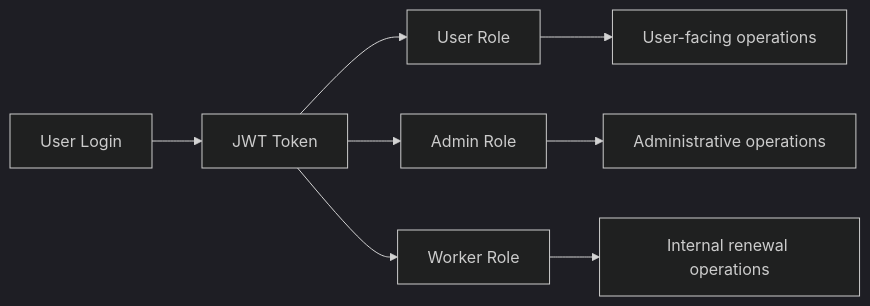
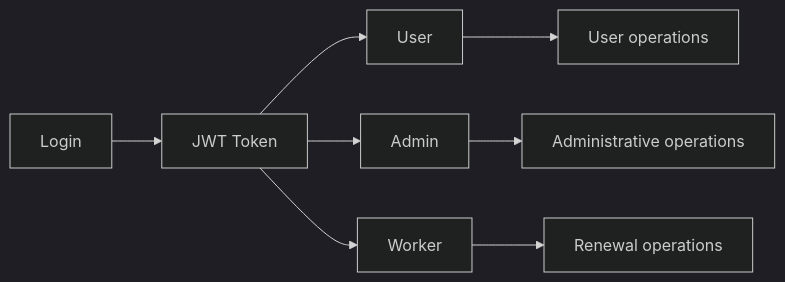
Before and after one commit to chauhan12harsh/Subtrack: the third of 3 diagrams in README.md, drawn with Mermaid (dark theme). The commit also changed other lines of this file, not shown here.

Commit message:
docs: update README for monolithic architecture

````diff
--- a/README.md
+++ b/README.md
@@ -103,11 +102,11 @@
 ```mermaid
 flowchart LR
-    LOGIN[User Login] --> JWT[JWT Token]
-    JWT --> USER[User Role]
-    JWT --> ADMIN[Admin Role]
-    JWT --> WORKER[Worker Role]
+    LOGIN[Login] --> JWT[JWT Token]
+    JWT --> USER[User]
+    JWT --> ADMIN[Admin]
+    JWT --> WORKER[Worker]
 
-    USER --> USER_API[User-facing operations]
+    USER --> USER_API[User operations]
     ADMIN --> ADMIN_API[Administrative operations]
-    WORKER --> WORKER_API[Internal renewal operations]
+    WORKER --> WORKER_API[Renewal operations]
 ```
````
